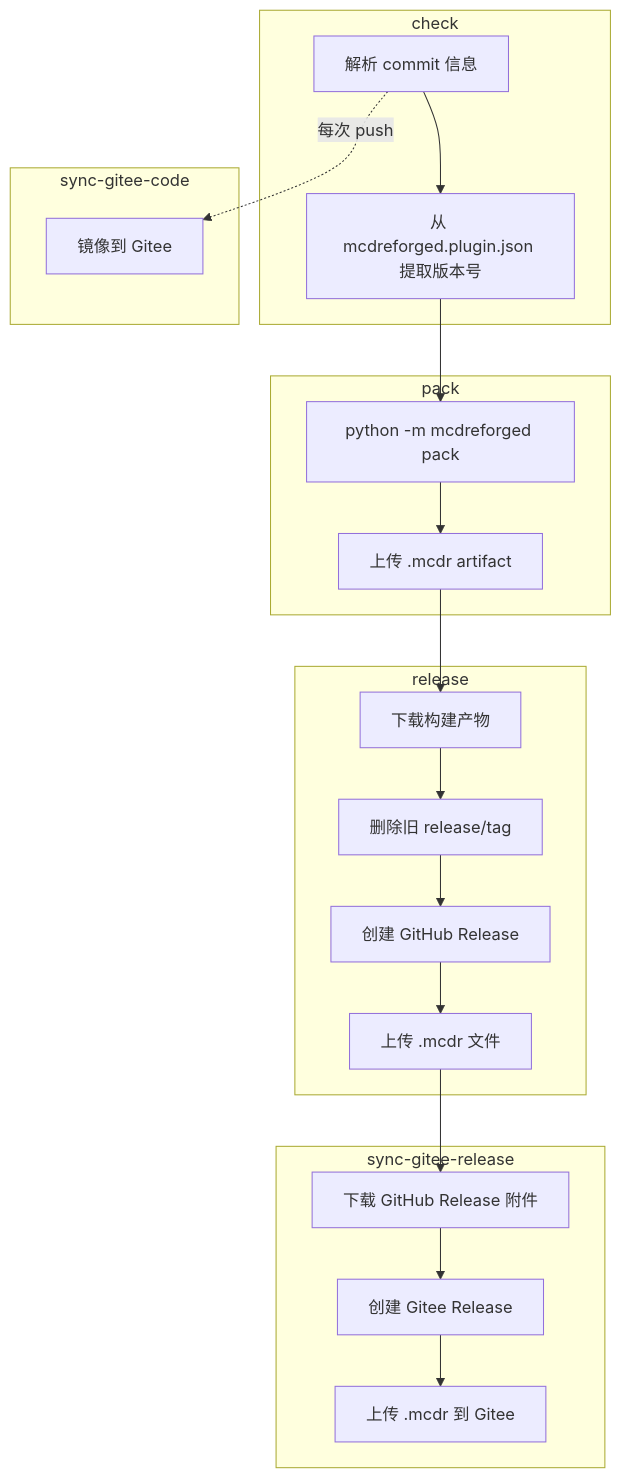
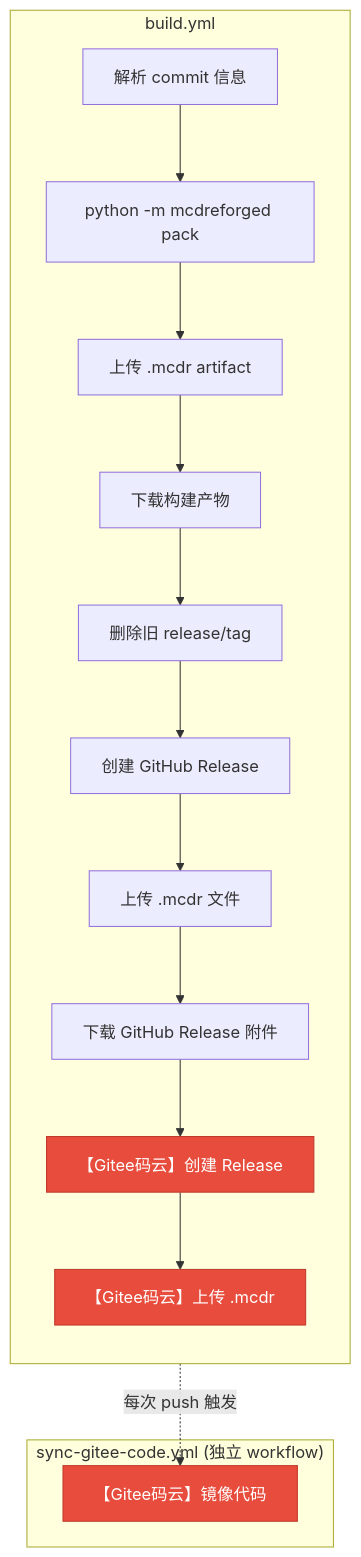
One commit to VincentZyuApps/mcdr_listener_ws_server changed the diagram in .github/workflows/build.md. Above: the diagram before and after it, drawn with Mermaid. The commit also changed other lines of this file and 2 other files, not shown here.

Commit message:
v0.5.0-beta.4: 拆分 sync-gitee-code 为独立 workflow，重构 build.md 流水线说明 🔧 Chore - 从 build.yml 中拆出 sync-gitee-code job，新建 sync-gitee-code.yml 独立管理 - build.yml 不再包含代码同步逻辑，专注 build & release 📚 Docs - build.md 流水线阶段图恢复原始树状结构，标注独立 workflow - mermaid 流程图拆分 build.yml / sync-gitee-code.yml 两块 - Gitee 节点统一中文标注【Gitee码云】+ 红橙配色 - 同步更新 Gitee 同步章节说明

````diff
--- a/.github/workflows/build.md
+++ b/.github/workflows/build.md
@@ -69,38 +68,24 @@
 ```mermaid
 flowchart TB
-    subgraph check["check"]
-        C1[解析 commit 信息]
-        C2[从 mcdreforged.plugin.json 提取版本号]
-    end
-    
-    subgraph syncCode["sync-gitee-code"]
-        SC1[镜像到 Gitee]
-    end
-    
-    subgraph pack["pack"]
-        P1[python -m mcdreforged pack]
-        P2[上传 .mcdr artifact]
-    end
-    
-    subgraph release["release"]
-        R1[下载构建产物]
-        R2[删除旧 release/tag]
-        R3[创建 GitHub Release]
-        R4[上传 .mcdr 文件]
+    subgraph build["build.yml"]
+        direction TB
+        C1[解析 commit 信息] --> P1
+        P1[python -m mcdreforged pack] --> P2[上传 .mcdr artifact]
+        P2 --> R1[下载构建产物]
+        R1 --> R2[删除旧 release/tag]
+        R2 --> R3[创建 GitHub Release]
+        R3 --> R4[上传 .mcdr 文件]
+        R4 --> SR1[下载 GitHub Release 附件]
+        SR1 --> SR2[【Gitee码云】创建 Release]
+        SR2 --> SR3[【Gitee码云】上传 .mcdr]
     end
 
-    subgraph syncRelease["sync-gitee-release"]
-        SR1[下载 GitHub Release 附件]
-        SR2[创建 Gitee Release]
-        SR3[上传 .mcdr 到 Gitee]
+    subgraph syncCode["sync-gitee-code.yml (独立 workflow)"]
+        SC1[【Gitee码云】镜像代码]
     end
 
-    C1 --> C2
-    C1 -."每次 push".-> SC1
-    C2 --> P1
-    P1 --> P2
-    P2 --> R1
-    R1 --> R2 --> R3 --> R4
-    R4 --> SR1
-    SR1 --> SR2 --> SR3
+    C1 -. "每次 push 触发" .-> SC1
+
+    classDef gitee fill:#e74c3c,stroke:#c0392b,color:#fff
+    class SR2,SR3,SC1 gitee
 ```
````
